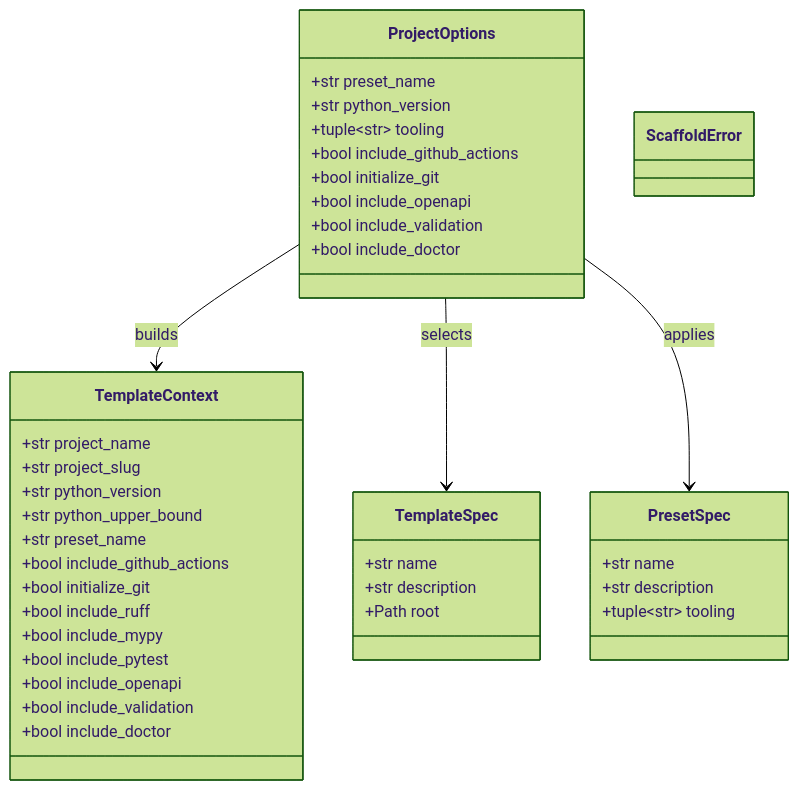
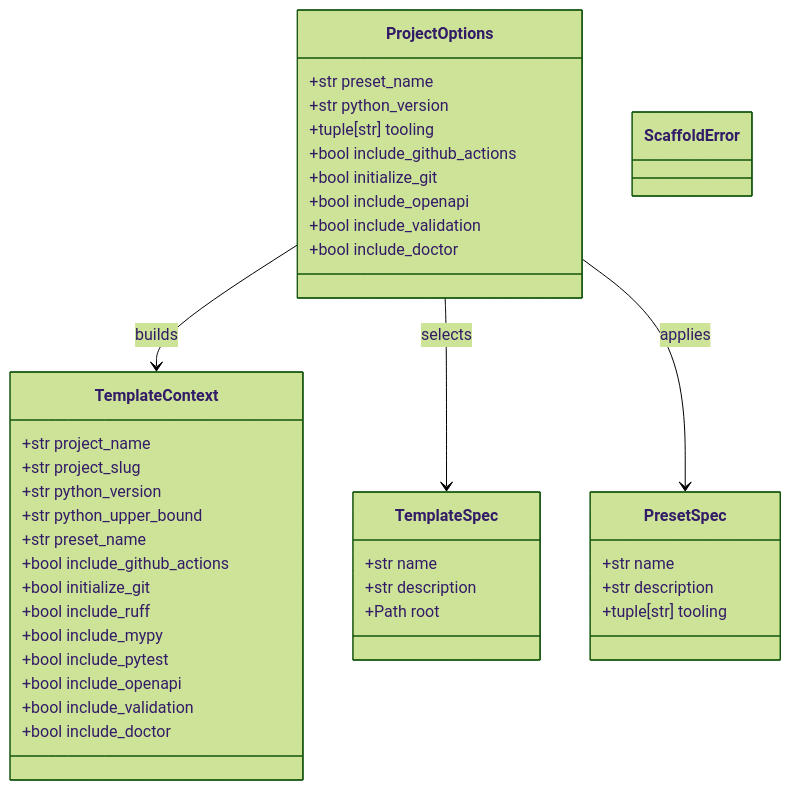
The fourth of 4 diagrams in docs/reference/architecture.md (yeongseon/azure-functions-scaffold-python), drawn with Mermaid (forest theme) before and after one commit. The commit also changed 3 other files, not shown here.

First line of the commit message:
docs(diagram): portable classDiagram notation and i18n README flowchart parity (#161)

````diff
--- a/docs/reference/architecture.md
+++ b/docs/reference/architecture.md
@@ -161,44 +161,44 @@
 ```mermaid
 classDiagram
     class ProjectOptions {
         +str preset_name
         +str python_version
-        +tuple~str~ tooling
+        +tuple[str] tooling
         +bool include_github_actions
         +bool initialize_git
         +bool include_openapi
         +bool include_validation
         +bool include_doctor
     }
     class TemplateContext {
         +str project_name
         +str project_slug
         +str python_version
         +str python_upper_bound
         +str preset_name
         +bool include_github_actions
         +bool initialize_git
         +bool include_ruff
         +bool include_mypy
         +bool include_pytest
         +bool include_openapi
         +bool include_validation
         +bool include_doctor
     }
     class TemplateSpec {
         +str name
         +str description
         +Path root
     }
     class PresetSpec {
         +str name
         +str description
-        +tuple~str~ tooling
+        +tuple[str] tooling
     }
     class ScaffoldError {
     }
 
     ProjectOptions --> TemplateContext : builds
     ProjectOptions --> TemplateSpec : selects
     ProjectOptions --> PresetSpec : applies
 ```
````
